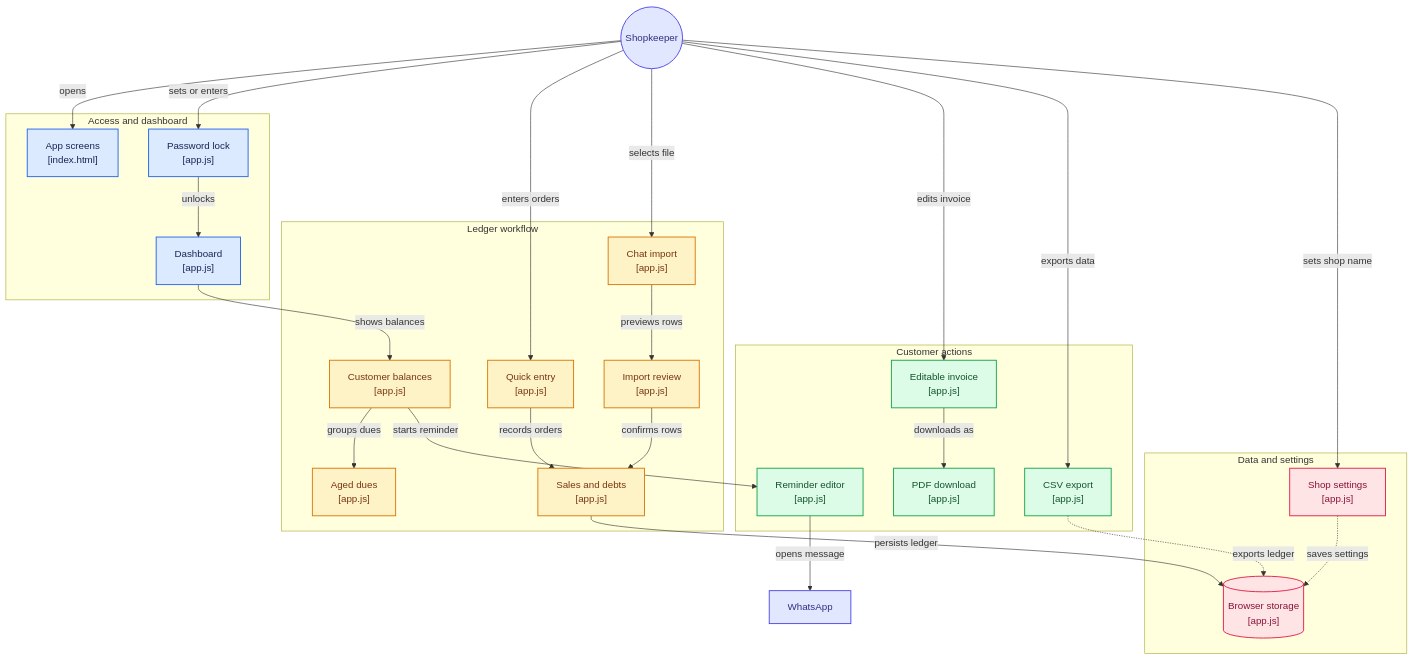
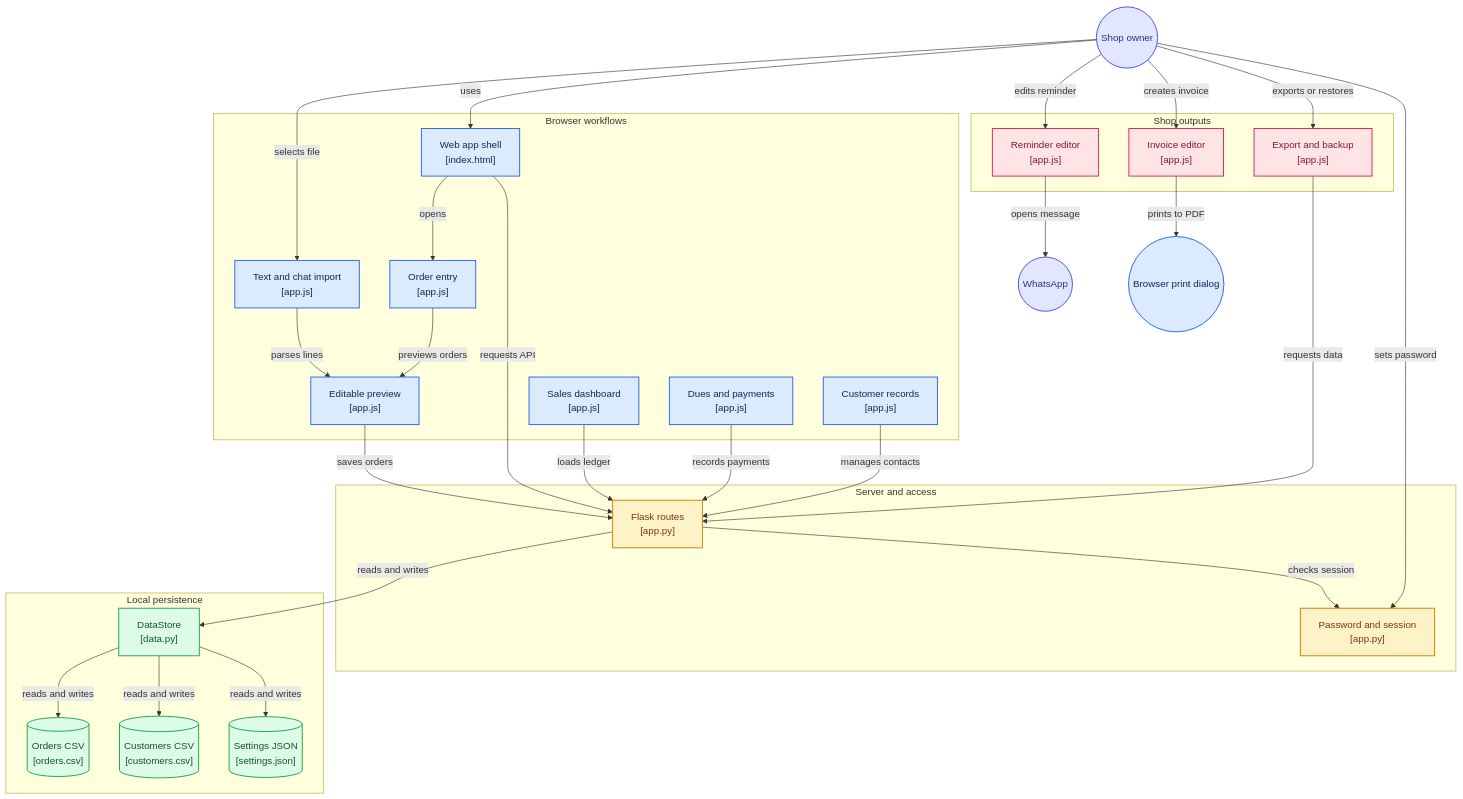
The diagram in codearchitechure.mermaid (Aaradhya1998/AutoKhata-), drawn with Mermaid before and after one commit.

```diff
--- a/codearchitechure.mermaid
+++ b/codearchitechure.mermaid
@@ -1,81 +1,87 @@
 %% Generated by https://gitdiagram.com/aaradhya1998/autokhata-
 flowchart TD
 
-subgraph group_access["Access and dashboard"]
-  node_app_shell["App screens<br/>[index.html]"]
-  node_password_lock["Password lock<br/>[app.js]"]
-  node_dashboard["Dashboard<br/>[app.js]"]
+subgraph group_browser["Browser workflows"]
+  node_shell["Web app shell<br/>[index.html]"]
+  node_order_entry["Order entry<br/>[app.js]"]
+  node_text_import["Text and chat import<br/>[app.js]"]
+  node_preview["Editable preview<br/>[app.js]"]
+  node_dashboard["Sales dashboard<br/>[app.js]"]
+  node_dues["Dues and payments<br/>[app.js]"]
+  node_customers["Customer records<br/>[app.js]"]
 end
 
-subgraph group_ledger["Ledger workflow"]
-  node_quick_entry["Quick entry<br/>[app.js]"]
-  node_chat_import["Chat import<br/>[app.js]"]
-  node_row_review["Import review<br/>[app.js]"]
-  node_ledger_records["Sales and debts<br/>[app.js]"]
-  node_customer_table["Customer balances<br/>[app.js]"]
-  node_age_buckets["Aged dues<br/>[app.js]"]
+subgraph group_server["Server and access"]
+  node_flask["Flask routes<br/>[app.py]"]
+  node_access["Password and session<br/>[app.py]"]
 end
 
-subgraph group_outputs["Customer actions"]
-  node_reminder["Reminder editor<br/>[app.js]"]
-  node_invoice["Editable invoice<br/>[app.js]"]
-  node_pdf["PDF download<br/>[app.js]"]
-  node_csv_export["CSV export<br/>[app.js]"]
+subgraph group_storage["Local persistence"]
+  node_datastore["DataStore<br/>[data.py]"]
+  node_order_csv[("Orders CSV<br/>[orders.csv]")]
+  node_customer_csv[("Customers CSV<br/>[customers.csv]")]
+  node_settings_json[("Settings JSON<br/>[settings.json]")]
 end
 
-subgraph group_persistence["Data and settings"]
-  node_store[("Browser storage<br/>[app.js]")]
-  node_settings["Shop settings<br/>[app.js]"]
+subgraph group_outputs["Shop outputs"]
+  node_invoice["Invoice editor<br/>[app.js]"]
+  node_exports["Export and backup<br/>[app.js]"]
+  node_reminders["Reminder editor<br/>[app.js]"]
 end
 
-node_shopkeeper(("Shopkeeper"))
-node_whatsapp["WhatsApp"]
+node_owner(("Shop owner"))
+node_whatsapp(("WhatsApp"))
+node_print(("Browser print dialog"))
 
-node_shopkeeper -->|"opens"| node_app_shell
-node_shopkeeper -->|"sets or enters"| node_password_lock
-node_password_lock -->|"unlocks"| node_dashboard
-node_shopkeeper -->|"enters orders"| node_quick_entry
-node_shopkeeper -->|"selects file"| node_chat_import
-node_chat_import -->|"previews rows"| node_row_review
-node_row_review -->|"confirms rows"| node_ledger_records
-node_quick_entry -->|"records orders"| node_ledger_records
-node_ledger_records -->|"persists ledger"| node_store
-node_dashboard -->|"shows balances"| node_customer_table
-node_customer_table -->|"groups dues"| node_age_buckets
-node_customer_table -->|"starts reminder"| node_reminder
-node_reminder -->|"opens message"| node_whatsapp
-node_shopkeeper -->|"edits invoice"| node_invoice
-node_invoice -->|"downloads as"| node_pdf
-node_shopkeeper -->|"exports data"| node_csv_export
-node_csv_export -.->|"exports ledger"| node_store
-node_shopkeeper -->|"sets shop name"| node_settings
-node_settings -.->|"saves settings"| node_store
+node_owner -->|"uses"| node_shell
+node_shell -->|"opens"| node_order_entry
+node_owner -->|"selects file"| node_text_import
+node_text_import -->|"parses lines"| node_preview
+node_order_entry -->|"previews orders"| node_preview
+node_preview -->|"saves orders"| node_flask
+node_flask -->|"reads and writes"| node_datastore
+node_datastore -->|"reads and writes"| node_order_csv
+node_datastore -->|"reads and writes"| node_customer_csv
+node_datastore -->|"reads and writes"| node_settings_json
+node_shell -->|"requests API"| node_flask
+node_flask -->|"checks session"| node_access
+node_owner -->|"sets password"| node_access
+node_dashboard -->|"loads ledger"| node_flask
+node_dues -->|"records payments"| node_flask
+node_customers -->|"manages contacts"| node_flask
+node_owner -->|"creates invoice"| node_invoice
+node_invoice -->|"prints to PDF"| node_print
+node_owner -->|"edits reminder"| node_reminders
+node_reminders -->|"opens message"| node_whatsapp
+node_owner -->|"exports or restores"| node_exports
+node_exports -->|"requests data"| node_flask
 
-click node_app_shell "https://github.com/aaradhya1998/autokhata-/blob/master/index.html"
-click node_password_lock "https://github.com/aaradhya1998/autokhata-/blob/master/app.js"
-click node_dashboard "https://github.com/aaradhya1998/autokhata-/blob/master/app.js"
-click node_quick_entry "https://github.com/aaradhya1998/autokhata-/blob/master/app.js"
-click node_chat_import "https://github.com/aaradhya1998/autokhata-/blob/master/app.js"
-click node_row_review "https://github.com/aaradhya1998/autokhata-/blob/master/app.js"
-click node_ledger_records "https://github.com/aaradhya1998/autokhata-/blob/master/app.js"
-click node_customer_table "https://github.com/aaradhya1998/autokhata-/blob/master/app.js"
-click node_age_buckets "https://github.com/aaradhya1998/autokhata-/blob/master/app.js"
-click node_reminder "https://github.com/aaradhya1998/autokhata-/blob/master/app.js"
-click node_invoice "https://github.com/aaradhya1998/autokhata-/blob/master/app.js"
-click node_pdf "https://github.com/aaradhya1998/autokhata-/blob/master/app.js"
-click node_csv_export "https://github.com/aaradhya1998/autokhata-/blob/master/app.js"
-click node_store "https://github.com/aaradhya1998/autokhata-/blob/master/app.js"
-click node_settings "https://github.com/aaradhya1998/autokhata-/blob/master/app.js"
+click node_shell "https://github.com/aaradhya1998/autokhata-/blob/master/templates/index.html"
+click node_order_entry "https://github.com/aaradhya1998/autokhata-/blob/master/static/app.js"
+click node_text_import "https://github.com/aaradhya1998/autokhata-/blob/master/static/app.js"
+click node_preview "https://github.com/aaradhya1998/autokhata-/blob/master/static/app.js"
+click node_dashboard "https://github.com/aaradhya1998/autokhata-/blob/master/static/app.js"
+click node_dues "https://github.com/aaradhya1998/autokhata-/blob/master/static/app.js"
+click node_customers "https://github.com/aaradhya1998/autokhata-/blob/master/static/app.js"
+click node_invoice "https://github.com/aaradhya1998/autokhata-/blob/master/static/app.js"
+click node_exports "https://github.com/aaradhya1998/autokhata-/blob/master/static/app.js"
+click node_reminders "https://github.com/aaradhya1998/autokhata-/blob/master/static/app.js"
+click node_flask "https://github.com/aaradhya1998/autokhata-/blob/master/app.py"
+click node_access "https://github.com/aaradhya1998/autokhata-/blob/master/app.py"
+click node_datastore "https://github.com/aaradhya1998/autokhata-/blob/master/data.py"
+click node_order_csv "https://github.com/aaradhya1998/autokhata-/blob/master/data/orders.csv"
+click node_customer_csv "https://github.com/aaradhya1998/autokhata-/blob/master/data/customers.csv"
+click node_settings_json "https://github.com/aaradhya1998/autokhata-/blob/master/data/settings.json"
 
 classDef toneNeutral fill:#f8fafc,stroke:#334155,stroke-width:1.5px,color:#0f172a
 classDef toneBlue fill:#dbeafe,stroke:#2563eb,stroke-width:1.5px,color:#172554
 classDef toneAmber fill:#fef3c7,stroke:#d97706,stroke-width:1.5px,color:#78350f
 classDef toneMint fill:#dcfce7,stroke:#16a34a,stroke-width:1.5px,color:#14532d
 classDef toneRose fill:#ffe4e6,stroke:#e11d48,stroke-width:1.5px,color:#881337
 classDef toneIndigo fill:#e0e7ff,stroke:#4f46e5,stroke-width:1.5px,color:#312e81
 classDef toneTeal fill:#ccfbf1,stroke:#0f766e,stroke-width:1.5px,color:#134e4a
-class node_app_shell,node_password_lock,node_dashboard toneBlue
-class node_quick_entry,node_chat_import,node_row_review,node_ledger_records,node_customer_table,node_age_buckets toneAmber
-class node_reminder,node_invoice,node_pdf,node_csv_export toneMint
-class node_store,node_settings toneRose
-class node_shopkeeper,node_whatsapp toneIndigo
+class node_shell,node_order_entry,node_text_import,node_preview,node_dashboard,node_dues,node_customers,node_print toneBlue
+class node_flask,node_access toneAmber
+class node_datastore,node_order_csv,node_customer_csv,node_settings_json toneMint
+class node_invoice,node_exports,node_reminders toneRose
+class node_owner,node_whatsapp toneIndigo
```
